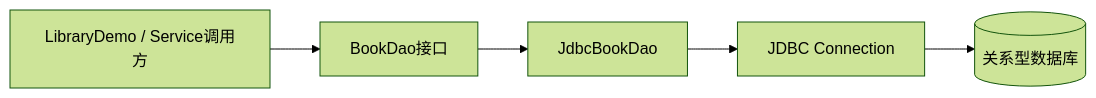
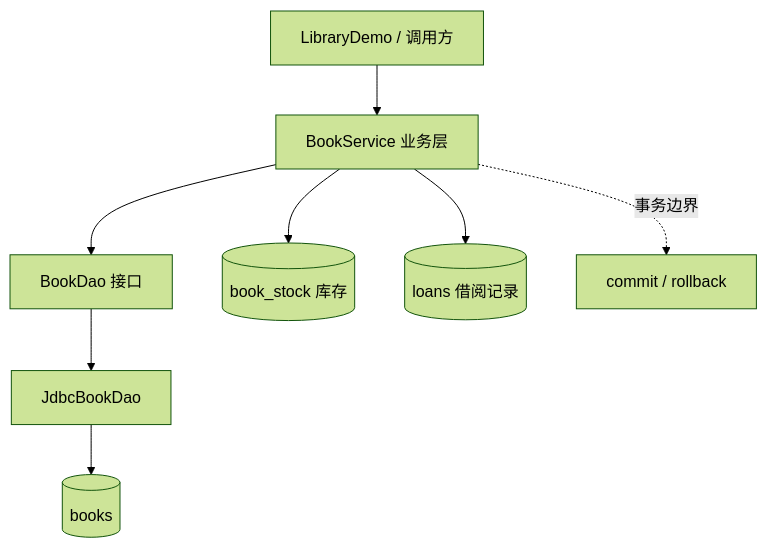
Before and after one commit to ilikui/Java: the diagram in Practice/jdbc-library/README.md, drawn with Mermaid (forest theme). The commit also changed other lines of this file, not shown here.

Commit message:
docs: document transactional lending service and tests

````diff
--- a/Practice/jdbc-library/README.md
+++ b/Practice/jdbc-library/README.md
@@ -17,7 +17,10 @@
 ```mermaid
-flowchart LR
-    A[LibraryDemo / Service调用方] --> B[BookDao接口]
-    B --> C[JdbcBookDao]
-    C --> D[JDBC Connection]
-    D --> E[(关系型数据库)]
+flowchart TD
+    A[LibraryDemo / 调用方] --> B[BookService 业务层]
+    B --> C[BookDao 接口]
+    C --> D[JdbcBookDao]
+    D --> E[(books)]
+    B --> F[(book_stock 库存)]
+    B --> G[(loans 借阅记录)]
+    B -.事务边界.-> H[commit / rollback]
 ```
````
